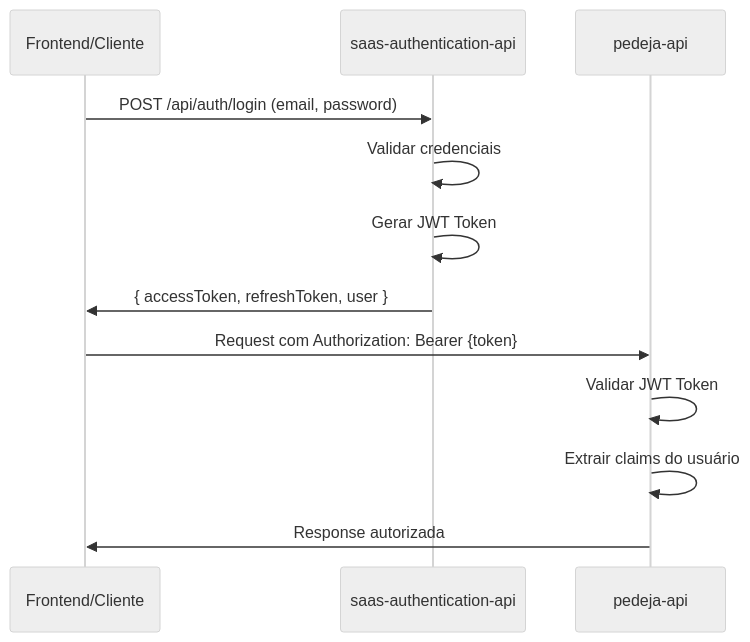
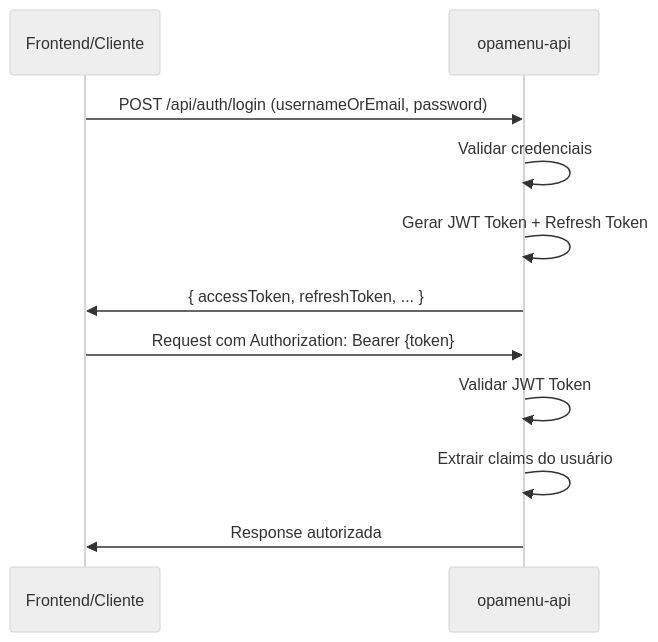
The diagram in opamenu-api/docs/JWT-Authentication-Implementation.md (SamuelSilva2021/opamenu-ecosistema), drawn with Mermaid (neutral theme) before and after one commit. The commit also changed other lines of this file and 24 other files, not shown here.

````diff
--- a/opamenu-api/docs/JWT-Authentication-Implementation.md
+++ b/opamenu-api/docs/JWT-Authentication-Implementation.md
@@ -9,16 +9,15 @@
 ```mermaid
 sequenceDiagram
     participant Cliente as Frontend/Cliente
-    participant Auth as saas-authentication-api
-    participant Pedeja as pedeja-api
+    participant API as opamenu-api
     
-    Cliente->>Auth: POST /api/auth/login (email, password)
-    Auth->>Auth: Validar credenciais
-    Auth->>Auth: Gerar JWT Token
-    Auth->>Cliente: { accessToken, refreshToken, user }
+    Cliente->>API: POST /api/auth/login (usernameOrEmail, password)
+    API->>API: Validar credenciais
+    API->>API: Gerar JWT Token + Refresh Token
+    API->>Cliente: { accessToken, refreshToken, ... }
     
-    Cliente->>Pedeja: Request com Authorization: Bearer {token}
-    Pedeja->>Pedeja: Validar JWT Token
-    Pedeja->>Pedeja: Extrair claims do usuário
-    Pedeja->>Cliente: Response autorizada
+    Cliente->>API: Request com Authorization: Bearer {token}
+    API->>API: Validar JWT Token
+    API->>API: Extrair claims do usuário
+    API->>Cliente: Response autorizada
 ```
````
